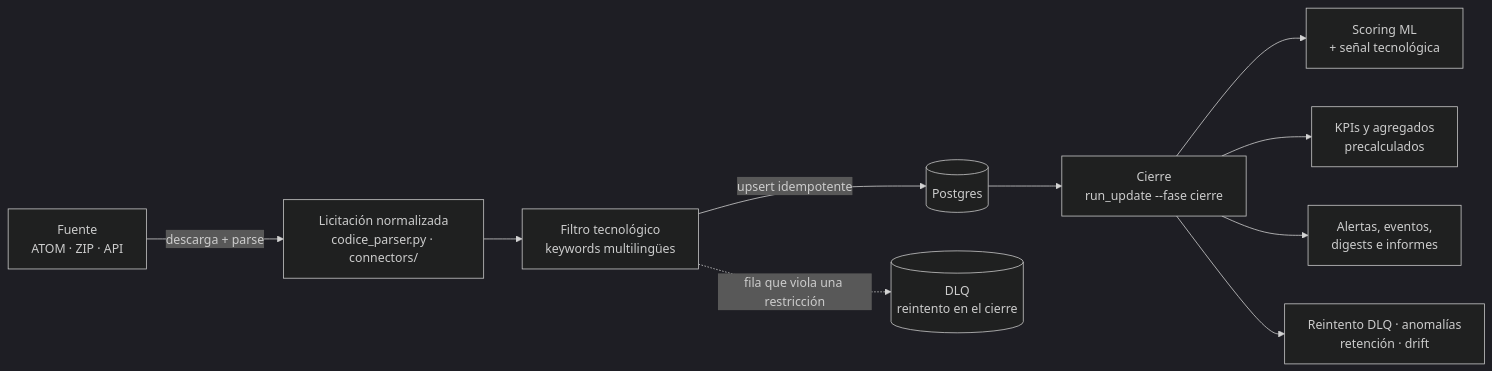
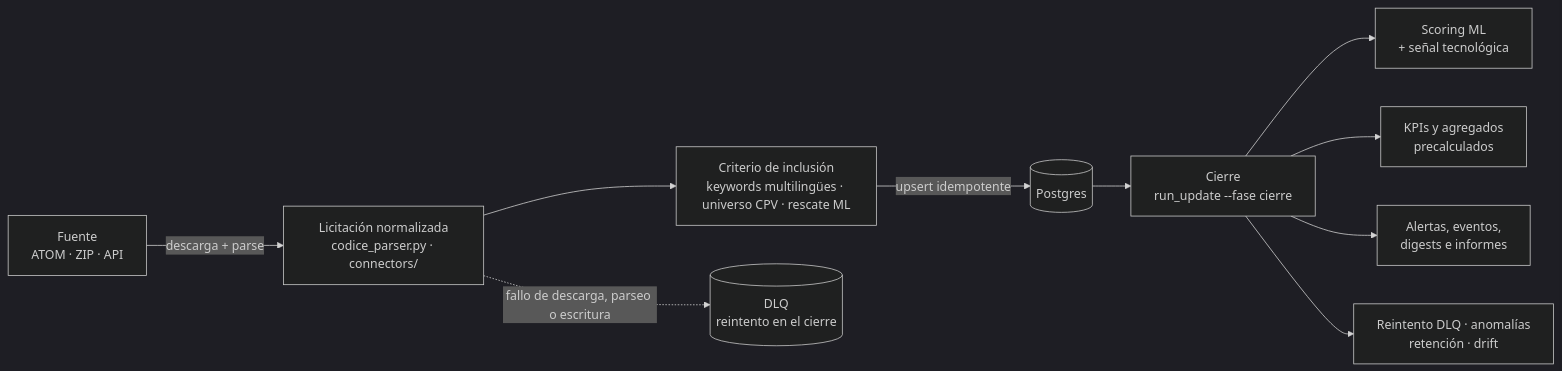
The second of 3 diagrams in README.md (Dkalds/TenderFlow), drawn with Mermaid (dark theme) before and after one commit. The commit also changed other lines of this file, not shown here.

````diff
--- a/README.md
+++ b/README.md
@@ -91,12 +216,12 @@
 ```mermaid
 graph LR
     Fuente["Fuente<br/>ATOM · ZIP · API"] -->|"descarga + parse"| Parse["Licitación normalizada<br/>codice_parser.py · connectors/"]
-    Parse --> Filtro["Filtro tecnológico<br/>keywords multilingües"]
+    Parse --> Filtro["Criterio de inclusión<br/>keywords multilingües · universo CPV · rescate ML"]
+    Parse -.->|"fallo de descarga, parseo o escritura"| DLQ[("DLQ<br/>reintento en el cierre")]
     Filtro -->|"upsert idempotente"| DB[("Postgres")]
-    Filtro -.->|"fila que viola una restricción"| DLQ[("DLQ<br/>reintento en el cierre")]
     DB --> Cierre["Cierre<br/>run_update --fase cierre"]
     Cierre --> ML["Scoring ML<br/>+ señal tecnológica"]
     Cierre --> KPI["KPIs y agregados<br/>precalculados"]
     Cierre --> Avisos["Alertas, eventos,<br/>digests e informes"]
     Cierre --> Mant["Reintento DLQ · anomalías<br/>retención · drift"]
 ```
````
